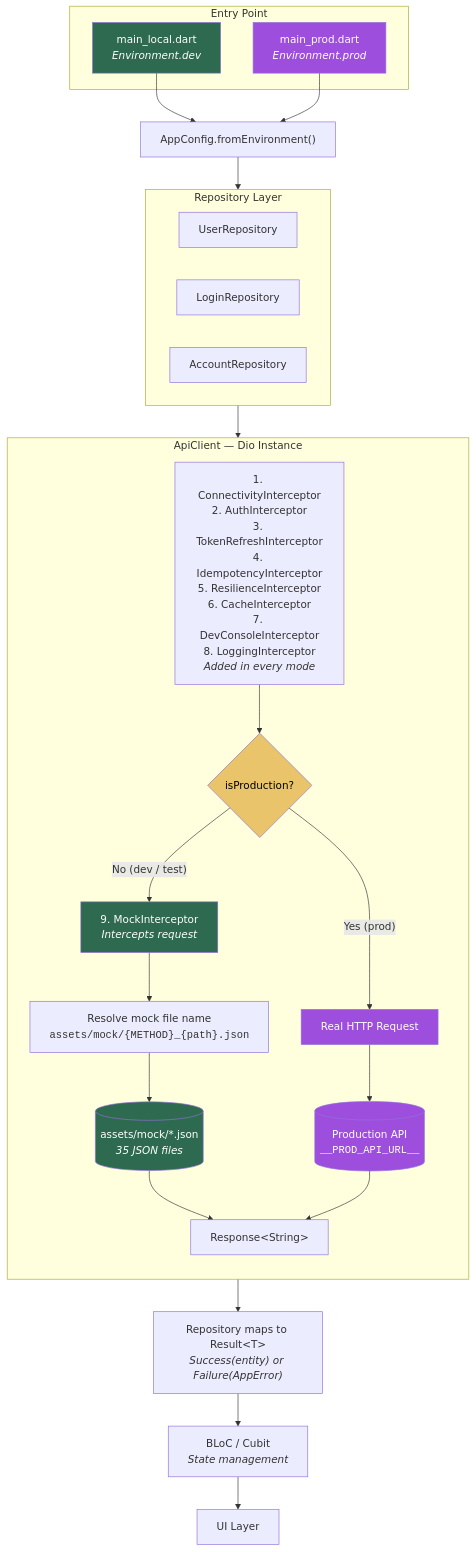
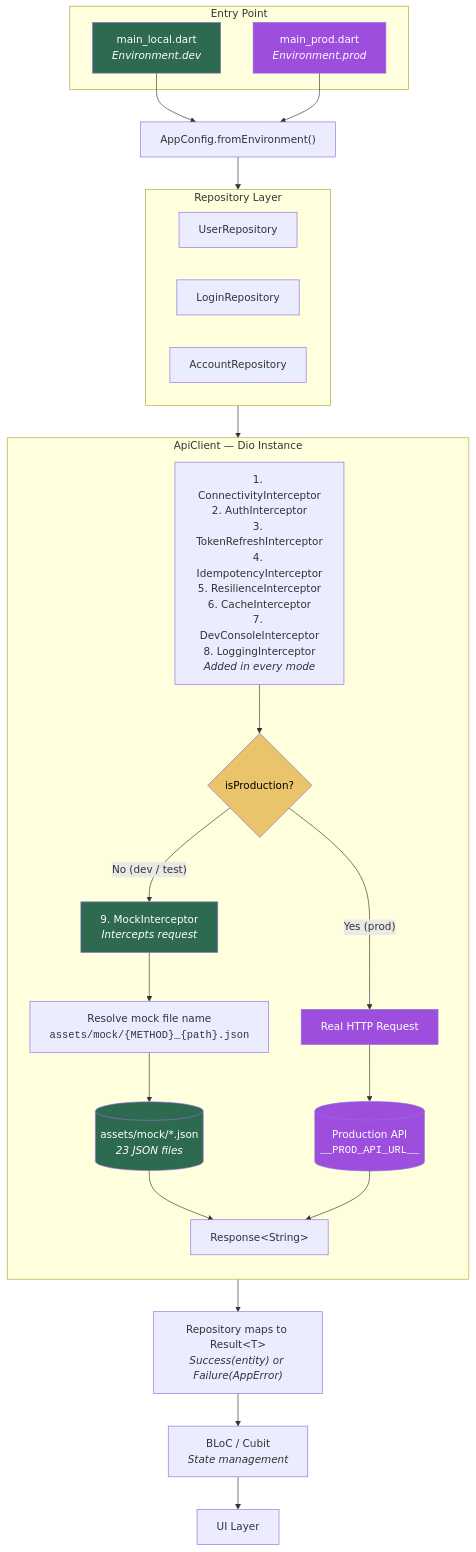
One commit to cevheri/flutter-bloc-advanced changed the first of 2 diagrams in docs/mock-architecture.md. Above: the diagram before and after it, drawn with Mermaid. The commit also changed other lines of this file and 16 other files, not shown here.

First line of the commit message:
chore: remove mock assets and files that nothing loads

````diff
--- a/docs/mock-architecture.md
+++ b/docs/mock-architecture.md
@@ -19,65 +19,65 @@
 ```mermaid
 flowchart TB
     subgraph Entry["Entry Point"]
         LOCAL["main_local.dart<br/><i>Environment.dev</i>"]
         PROD["main_prod.dart<br/><i>Environment.prod</i>"]
     end
 
     LOCAL --> ENV
     PROD --> ENV
 
     ENV["AppConfig.fromEnvironment()"]
     ENV --> REPO
 
     subgraph REPO["Repository Layer"]
         direction LR
         UR["UserRepository"]
         AR["LoginRepository"]
         ACR["AccountRepository"]
     end
 
     REPO --> API
 
     subgraph API["ApiClient — Dio Instance"]
         direction TB
         CHAIN["1. ConnectivityInterceptor<br/>2. AuthInterceptor<br/>3. TokenRefreshInterceptor<br/>4. IdempotencyInterceptor<br/>5. ResilienceInterceptor<br/>6. CacheInterceptor<br/>7. DevConsoleInterceptor<br/>8. LoggingInterceptor<br/><i>Added in every mode</i>"]
         CHAIN --> DECISION
 
         DECISION{isProduction?}
 
         DECISION -- "No (dev / test)" --> MOCK_INT
         DECISION -- "Yes (prod)" --> NETWORK
 
         MOCK_INT["9. MockInterceptor<br/><i>Intercepts request</i>"]
         MOCK_INT --> RESOLVE
 
         RESOLVE["Resolve mock file name<br/><code>assets/mock/{METHOD}_{path}.json</code>"]
         RESOLVE --> ASSET
 
-        ASSET[("assets/mock/*.json<br/><i>35 JSON files</i>")]
+        ASSET[("assets/mock/*.json<br/><i>23 JSON files</i>")]
         ASSET --> RESPONSE
 
         NETWORK["Real HTTP Request"]
         NETWORK --> REAL_API
 
         REAL_API[("Production API<br/><code>__PROD_API_URL__</code>")]
         REAL_API --> RESPONSE
     end
 
     RESPONSE["Response&lt;String&gt;"]
     RESPONSE --> RESULT
 
     RESULT["Repository maps to Result&lt;T&gt;<br/><i>Success(entity) or Failure(AppError)</i>"]
     RESULT --> BLOC
 
     BLOC["BLoC / Cubit<br/><i>State management</i>"]
     BLOC --> UI["UI Layer"]
 
     style LOCAL fill:#2d6a4f,color:#fff
     style PROD fill:#9d4edd,color:#fff
     style MOCK_INT fill:#2d6a4f,color:#fff
     style ASSET fill:#2d6a4f,color:#fff
     style NETWORK fill:#9d4edd,color:#fff
     style REAL_API fill:#9d4edd,color:#fff
     style DECISION fill:#e9c46a,color:#000
 ```
````
